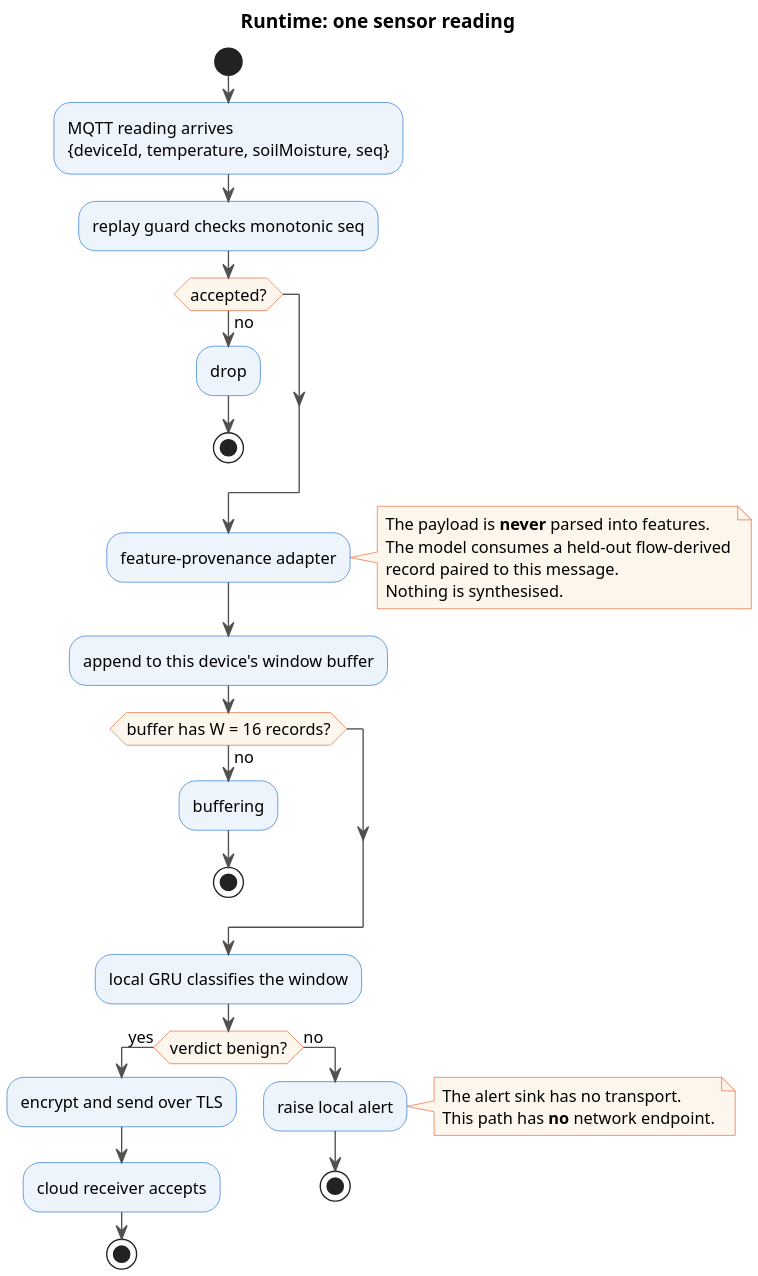
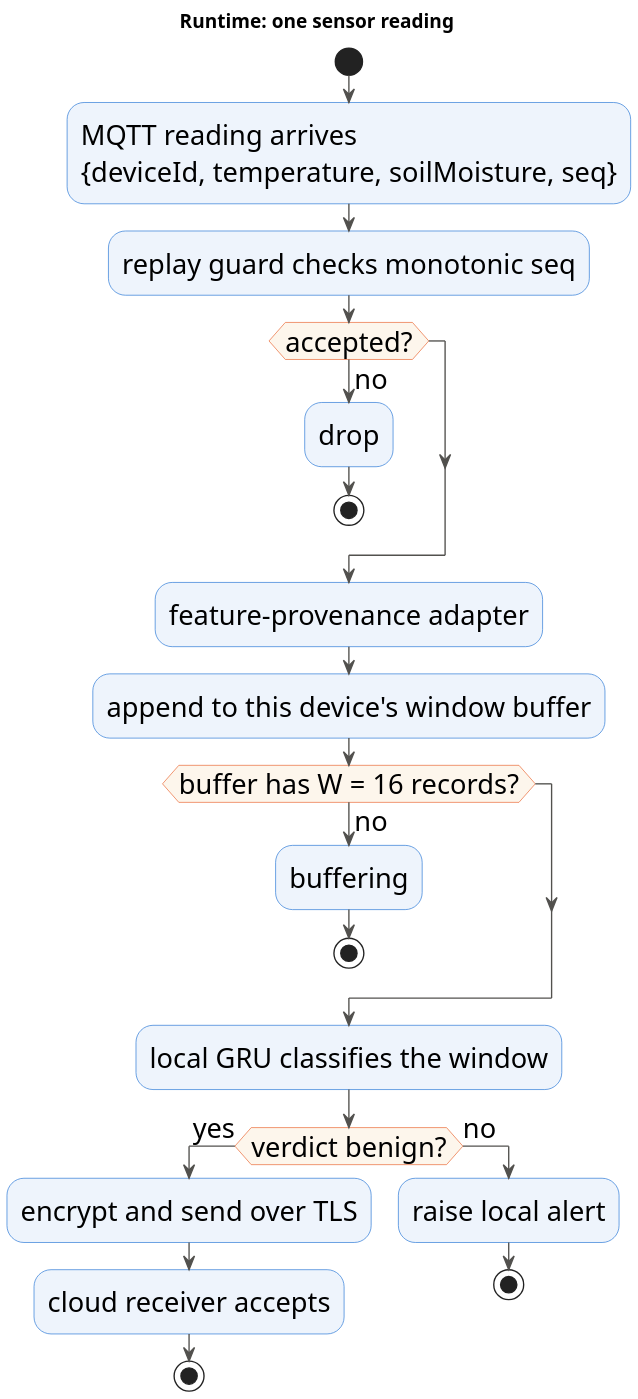
Before and after one commit to AryanAgarwal1251/ascon_smart_agri: the diagram in paper/diagrams/03_verdict_routing.puml, drawn with PlantUML. The commit also changed 13 other files, not shown here.

```diff
--- a/paper/diagrams/03_verdict_routing.puml
+++ b/paper/diagrams/03_verdict_routing.puml
@@ -1,55 +1,45 @@
 @startuml verdict_routing
 ' The runtime path a single reading takes, and where it can end.
 ' render at 2x so the raster export is print-resolution at column width
 scale 2
 skinparam defaultFontName Helvetica
-skinparam defaultFontSize 12
+skinparam defaultFontSize 20
 skinparam shadowing false
 skinparam ArrowColor #52514e
 skinparam ActivityBackgroundColor #eef4fc
 skinparam ActivityBorderColor #2a78d6
 skinparam ActivityDiamondBackgroundColor #fdf6ec
 skinparam ActivityDiamondBorderColor #eb6834
 skinparam NoteBackgroundColor #fdf6ec
 skinparam NoteBorderColor #eb6834
 
 title Runtime: one sensor reading
 
 start
 :MQTT reading arrives\n{deviceId, temperature, soilMoisture, seq};
 :replay guard checks monotonic seq;
 if (accepted?) then (no)
   :drop;
   stop
 endif
 
 :feature-provenance adapter;
-note right
-  The payload is <b>never</b> parsed into features.
-  The model consumes a held-out flow-derived
-  record paired to this message.
-  Nothing is synthesised.
-end note
 
 :append to this device's window buffer;
 if (buffer has W = 16 records?) then (no)
   :buffering;
   stop
 endif
 
 :local GRU classifies the window;
 
 if (verdict benign?) then (yes)
   :encrypt and send over TLS;
   :cloud receiver accepts;
   stop
 else (no)
   :raise local alert;
-  note right
-    The alert sink has no transport.
-    This path has <b>no</b> network endpoint.
-  end note
   stop
 endif
 
 @enduml
```
